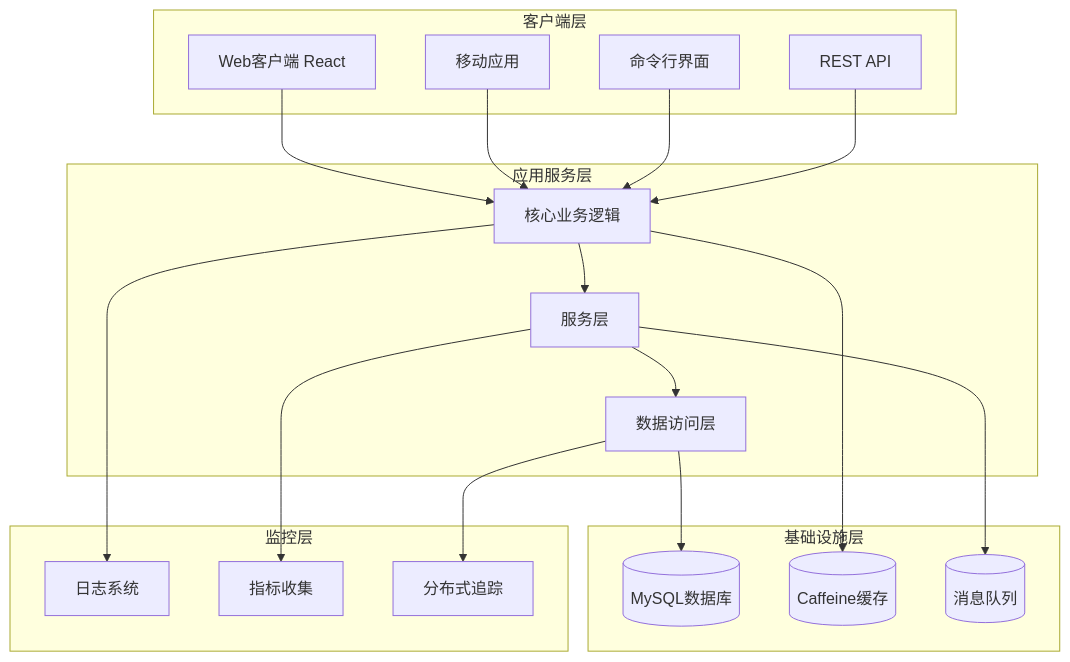
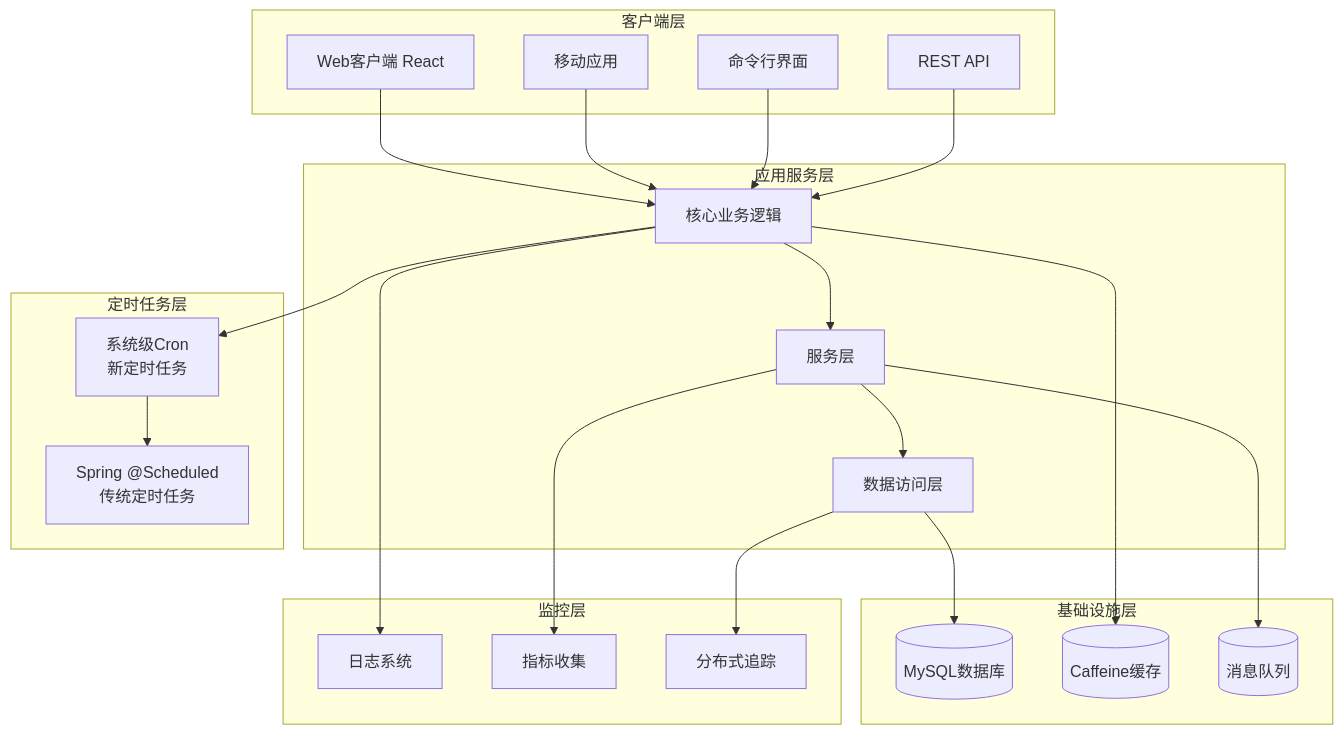
The third of 8 diagrams in .qoder/repowiki/zh/content/部署指南.md (gree-coder/fund-butler), drawn with Mermaid before and after one commit. The commit also changed other lines of this file and 7 other files, not shown here.

Commit message:
fix: 修复收益趋势图全0问题，实现历史收益计算逻辑

````diff
--- a/.qoder/repowiki/zh/content/部署指南.md
+++ b/.qoder/repowiki/zh/content/部署指南.md
@@ -166,36 +180,42 @@
 ```mermaid
 graph TB
 subgraph "客户端层"
 Web[Web客户端 React]
 Mobile[移动应用]
 CLI[命令行界面]
 API[REST API]
 end
 subgraph "应用服务层"
 Core[核心业务逻辑]
 Service[服务层]
 Repository[数据访问层]
 end
 subgraph "基础设施层"
 DB[(MySQL数据库)]
 Cache[(Caffeine缓存)]
 MQ[(消息队列)]
 end
 subgraph "监控层"
 Logs[日志系统]
 Metrics[指标收集]
 Tracing[分布式追踪]
 end
+subgraph "定时任务层"
+SpringScheduler[Spring @Scheduled<br/>传统定时任务]
+SystemCron[系统级Cron<br/>新定时任务]
+end
 Web --> Core
 Mobile --> Core
 CLI --> Core
 API --> Core
 Core --> Service
 Service --> Repository
 Repository --> DB
 Core --> Cache
 Service --> MQ
 Core --> Logs
 Service --> Metrics
 Repository --> Tracing
+Core --> SystemCron
+SystemCron --> SpringScheduler
 ```
````
